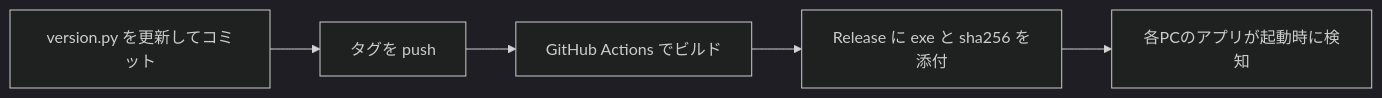
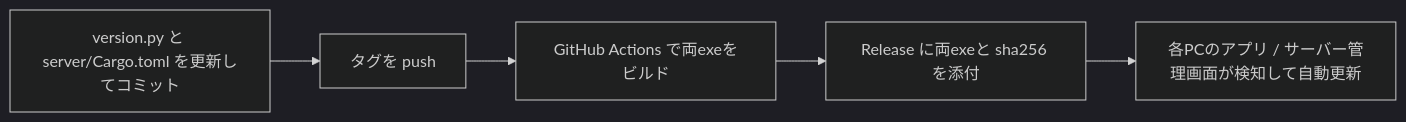
Before and after one commit to Altairu/sort_excel: the second of 2 diagrams in README.md, drawn with Mermaid (dark theme). The commit also changed other lines of this file and 9 other files, not shown here.

Commit message:
feat: add GitHub Releases SHA256-verified self-updater for sort_excel_server.exe

````diff
--- a/README.md
+++ b/README.md
@@ -213,7 +213,7 @@
 ```mermaid
 flowchart LR
-    A[version.py を更新してコミット] --> B[タグを push]
-    B --> C[GitHub Actions でビルド]
-    C --> D[Release に exe と sha256 を添付]
-    D --> E[各PCのアプリが起動時に検知]
+    A[version.py と server/Cargo.toml を更新してコミット] --> B[タグを push]
+    B --> C[GitHub Actions で両exeをビルド]
+    C --> D[Release に両exeと sha256 を添付]
+    D --> E[各PCのアプリ / サーバー管理画面が検知して自動更新]
 ```
````
